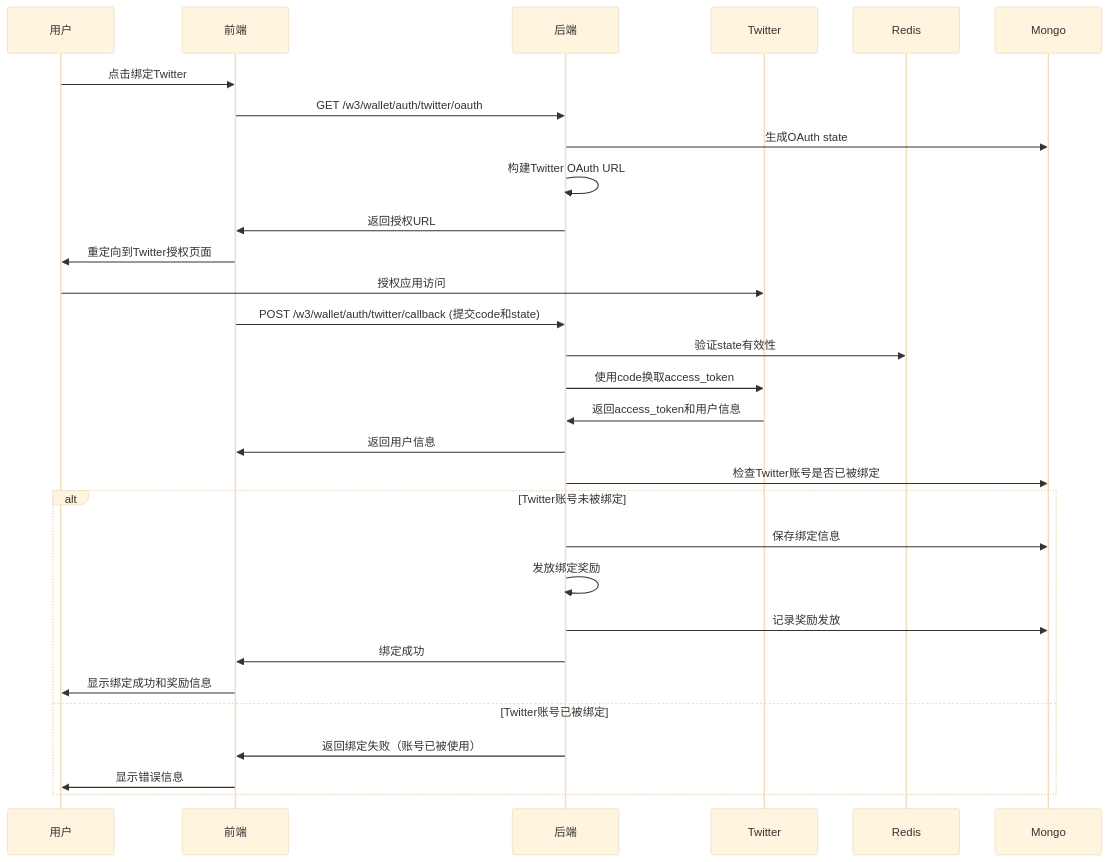
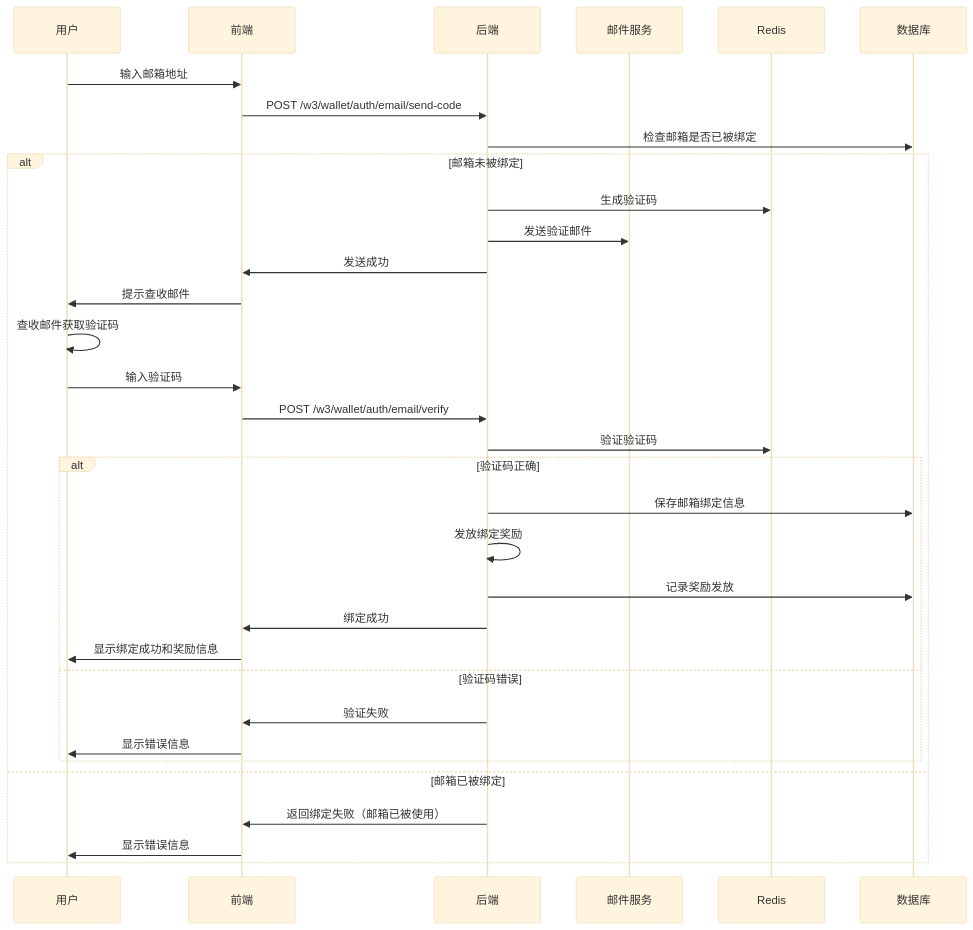
Before and after one commit to yingjianzh/iodraw-files: the diagram in all/未命名-76.md, drawn with Mermaid (base theme).

Commit message:
2025-07-08 10:55:13 update

````diff
--- a/all/未命名-76.md
+++ b/all/未命名-76.md
@@ -1,39 +1,42 @@
 ```mermaid
 
 sequenceDiagram
     participant User as 用户
     participant Frontend as 前端
     participant Backend as 后端
-    participant Twitter as Twitter
+    participant Email as 邮件服务
     participant Redis as Redis
-    participant DB as Mongo
+    participant DB as 数据库
 
 
-
-    User->>Frontend: 点击绑定Twitter
-    Frontend->>Backend: GET /w3/wallet/auth/twitter/oauth
-    Backend->>DB: 生成OAuth state
-    Backend->>Backend: 构建Twitter OAuth URL
-    Backend->>Frontend: 返回授权URL
-    Frontend->>User: 重定向到Twitter授权页面
+    User->>Frontend: 输入邮箱地址
+    Frontend->>Backend: POST /w3/wallet/auth/email/send-code
+    Backend->>DB: 检查邮箱是否已被绑定
     
-    User->>Twitter: 授权应用访问
-    Frontend->>Backend: POST /w3/wallet/auth/twitter/callback (提交code和state)
-    Backend->>Redis: 验证state有效性
-    Backend->>Twitter: 使用code换取access_token
-    Twitter->>Backend: 返回access_token和用户信息
-    Backend->>Frontend: 返回用户信息
-    Backend->>DB: 检查Twitter账号是否已被绑定
-    
-    alt Twitter账号未被绑定
-        Backend->>DB: 保存绑定信息
-        Backend->>Backend: 发放绑定奖励
-        Backend->>DB: 记录奖励发放
-        Backend->>Frontend: 绑定成功
-        Frontend->>User: 显示绑定成功和奖励信息
-    else Twitter账号已被绑定
-        Backend->>Frontend: 返回绑定失败（账号已被使用）
+    alt 邮箱未被绑定
+        Backend->>Redis: 生成验证码
+        Backend->>Email: 发送验证邮件
+        Backend->>Frontend: 发送成功
+        Frontend->>User: 提示查收邮件
+        
+        User->>User: 查收邮件获取验证码
+        User->>Frontend: 输入验证码
+        Frontend->>Backend: POST /w3/wallet/auth/email/verify
+        Backend->>Redis: 验证验证码
+        
+        alt 验证码正确
+            Backend->>DB: 保存邮箱绑定信息
+            Backend->>Backend: 发放绑定奖励
+            Backend->>DB: 记录奖励发放
+            Backend->>Frontend: 绑定成功
+            Frontend->>User: 显示绑定成功和奖励信息
+        else 验证码错误
+            Backend->>Frontend: 验证失败
+            Frontend->>User: 显示错误信息
+        end
+    else 邮箱已被绑定
+        Backend->>Frontend: 返回绑定失败（邮箱已被使用）
         Frontend->>User: 显示错误信息
     end
 
 ```
````
